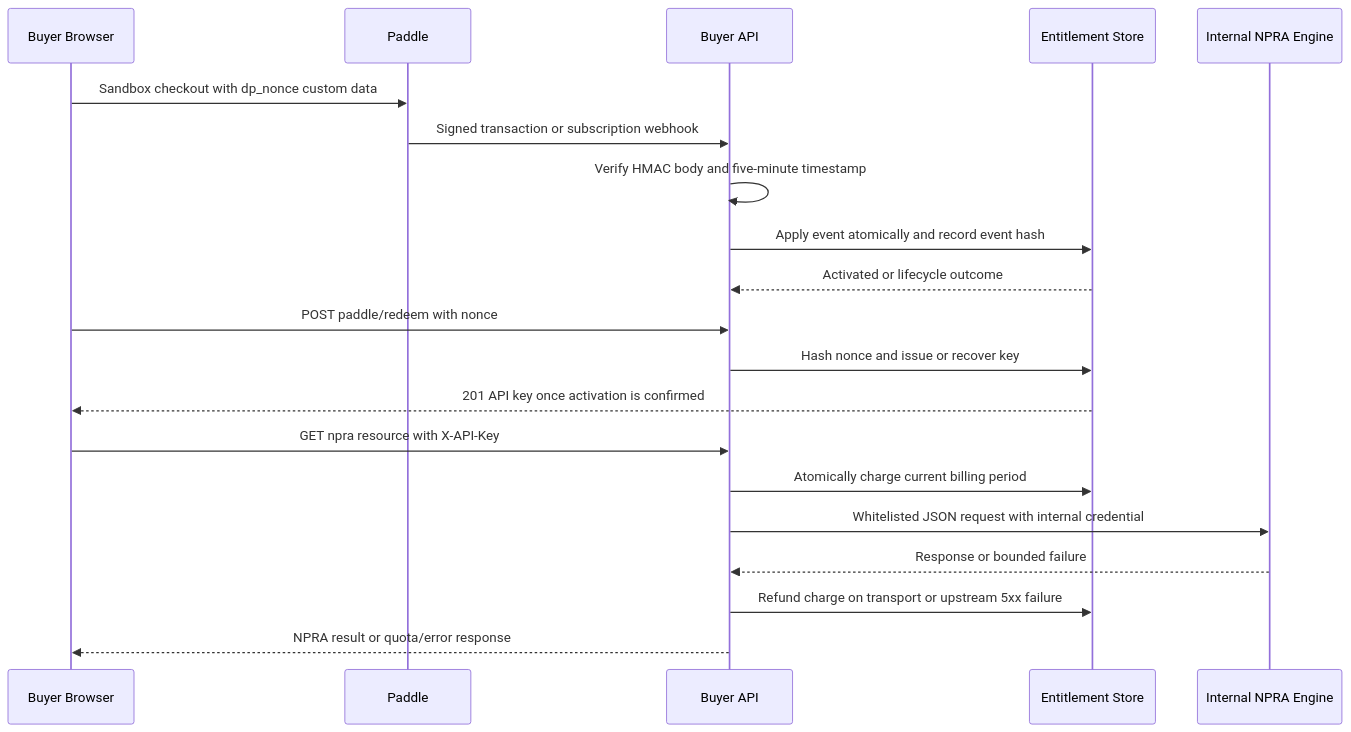
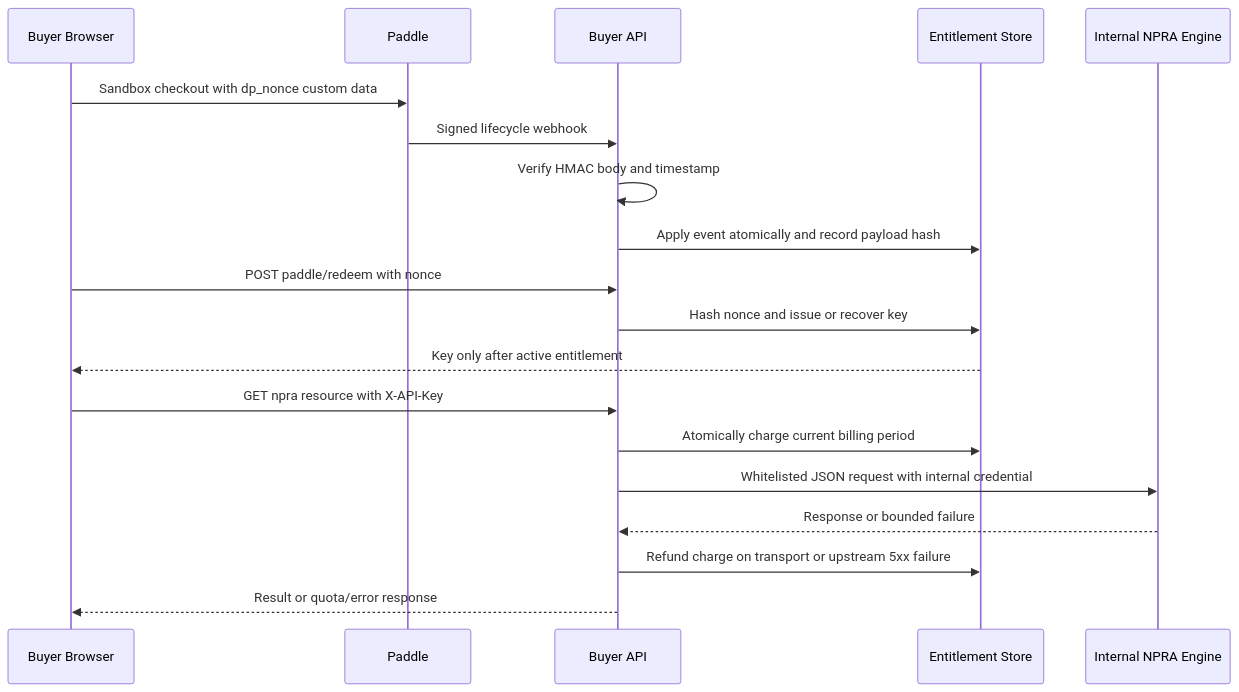
Before and after one commit to r3dz4r/datapulse-my: the second of 2 diagrams in openwiki/mcp.md, drawn with Mermaid. The commit also changed other lines of this file and 4 other files, not shown here.

````diff
--- a/openwiki/mcp.md
+++ b/openwiki/mcp.md
@@ -172,22 +187,21 @@
 ```mermaid
 sequenceDiagram
     participant B as Buyer Browser
     participant P as Paddle
     participant A as Buyer API
     participant T as Entitlement Store
     participant N as Internal NPRA Engine
     B->>P: Sandbox checkout with dp_nonce custom data
-    P->>A: Signed transaction or subscription webhook
-    A->>A: Verify HMAC body and five-minute timestamp
-    A->>T: Apply event atomically and record event hash
-    T-->>A: Activated or lifecycle outcome
+    P->>A: Signed lifecycle webhook
+    A->>A: Verify HMAC body and timestamp
+    A->>T: Apply event atomically and record payload hash
     B->>A: POST paddle/redeem with nonce
     A->>T: Hash nonce and issue or recover key
-    T-->>B: 201 API key once activation is confirmed
+    T-->>B: Key only after active entitlement
     B->>A: GET npra resource with X-API-Key
     A->>T: Atomically charge current billing period
     A->>N: Whitelisted JSON request with internal credential
     N-->>A: Response or bounded failure
     A->>T: Refund charge on transport or upstream 5xx failure
-    A-->>B: NPRA result or quota/error response
+    A-->>B: Result or quota/error response
 ```
````
